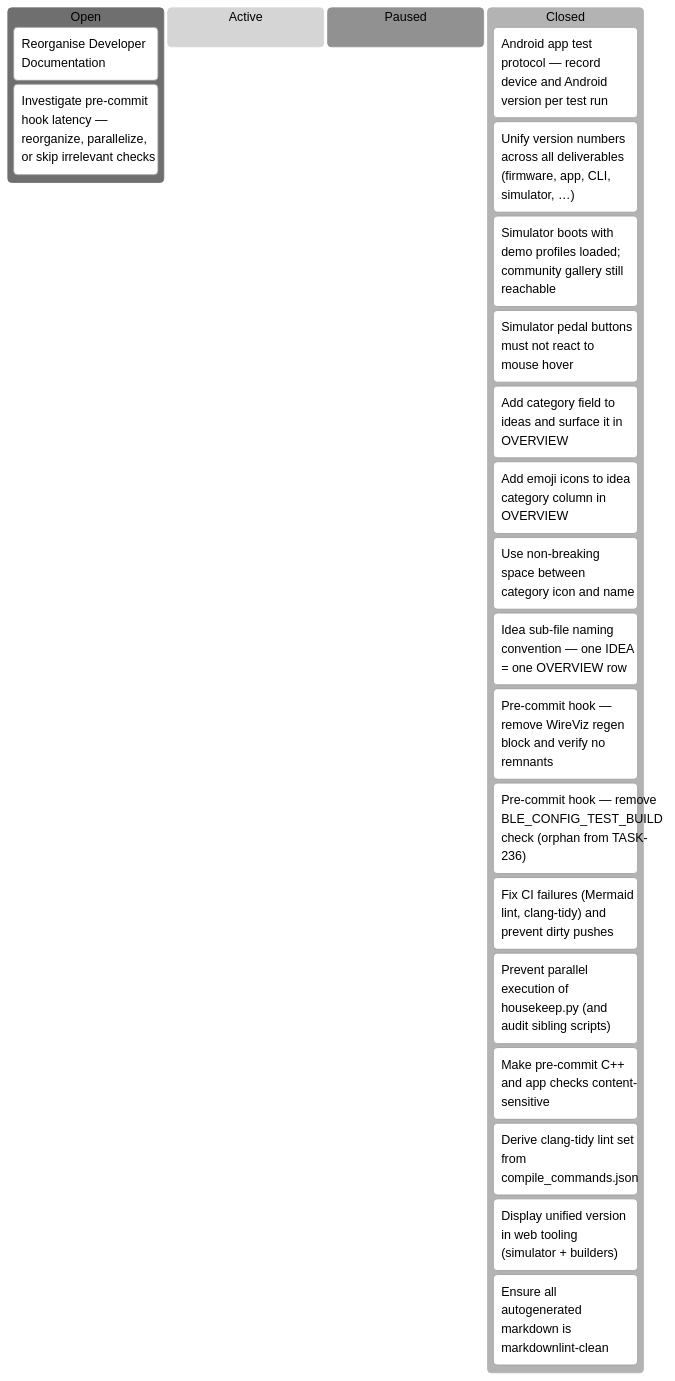
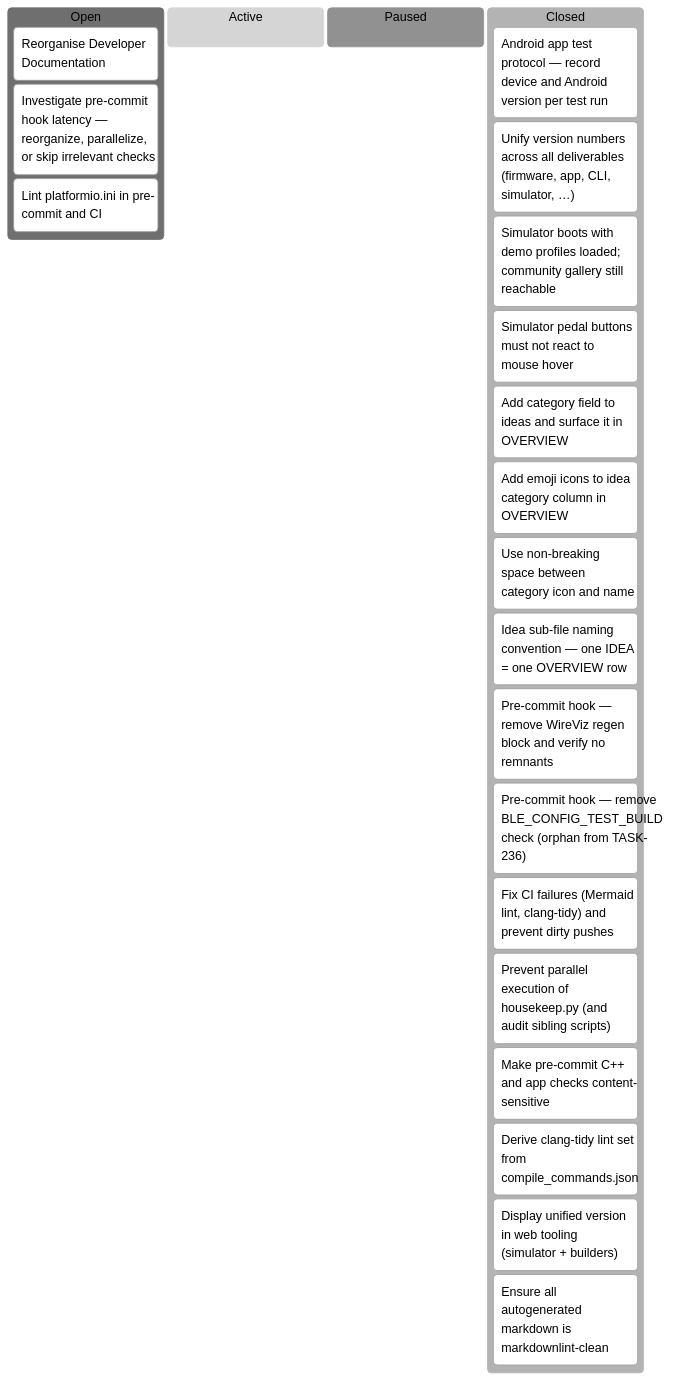
One commit to tgd1975/AwesomeStudioPedal changed the seventh of 7 diagrams in docs/developers/tasks/KANBAN.md. Above: the diagram before and after it, drawn with Mermaid (neutral theme). The commit also changed other lines of this file and 3 other files, not shown here.

````diff
--- a/docs/developers/tasks/KANBAN.md
+++ b/docs/developers/tasks/KANBAN.md
@@ -115,25 +115,26 @@
 ```mermaid
 kanban
   Open
     TASK_148["Reorganise Developer Documentation"]
     TASK_352["Investigate pre-commit hook latency — reorganize, parallelize, or skip irrelevant checks"]
+    TASK_361["Lint platformio.ini in pre-commit and CI"]
   Active
   Paused
   Closed
     TASK_259["Android app test protocol — record device and Android version per test run"]
     TASK_260["Unify version numbers across all deliverables (firmware, app, CLI, simulator, …)"]
     TASK_303["Simulator boots with demo profiles loaded; community gallery still reachable"]
     TASK_304["Simulator pedal buttons must not react to mouse hover"]
     TASK_305["Add category field to ideas and surface it in OVERVIEW"]
     TASK_313["Add emoji icons to idea category column in OVERVIEW"]
     TASK_314["Use non-breaking space between category icon and name"]
     TASK_315["Idea sub-file naming convention — one IDEA = one OVERVIEW row"]
     TASK_319["Pre-commit hook — remove WireViz regen block and verify no remnants"]
     TASK_320["Pre-commit hook — remove BLE_CONFIG_TEST_BUILD check (orphan from TASK-236)"]
     TASK_321["Fix CI failures (Mermaid lint, clang-tidy) and prevent dirty pushes"]
     TASK_328["Prevent parallel execution of housekeep.py (and audit sibling scripts)"]
     TASK_346["Make pre-commit C++ and app checks content-sensitive"]
     TASK_348["Derive clang-tidy lint set from compile_commands.json"]
     TASK_350["Display unified version in web tooling (simulator + builders)"]
     TASK_351["Ensure all autogenerated markdown is markdownlint-clean"]
 ```
````
